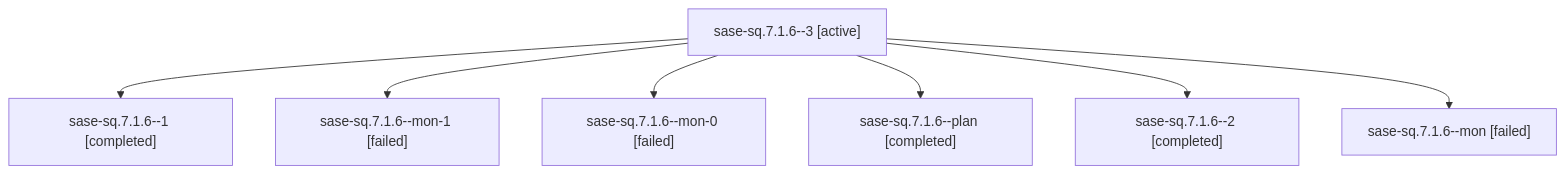
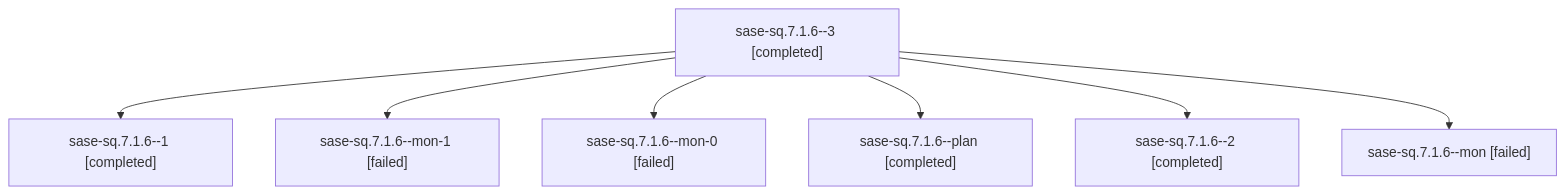
The diagram in families/bbugyi200.athena.sase-sq.7.1.6.md (sase-org/sase--agents), drawn with Mermaid before and after one commit. The commit also changed other lines of this file and 57 other files, not shown here.

````diff
--- a/families/bbugyi200.athena.sase-sq.7.1.6.md
+++ b/families/bbugyi200.athena.sase-sq.7.1.6.md
@@ -9,16 +9,16 @@
 ```mermaid
 flowchart TD
-  n0["sase-sq.7.1.6--3 [active]"]
+  n0["sase-sq.7.1.6--3 [completed]"]
   n1["sase-sq.7.1.6--1 [completed]"]
   n0 --> n1
   n2["sase-sq.7.1.6--mon-1 [failed]"]
   n0 --> n2
   n3["sase-sq.7.1.6--mon-0 [failed]"]
   n0 --> n3
   n4["sase-sq.7.1.6--plan [completed]"]
   n0 --> n4
   n5["sase-sq.7.1.6--2 [completed]"]
   n0 --> n5
   n6["sase-sq.7.1.6--mon [failed]"]
   n0 --> n6
 ```
````
